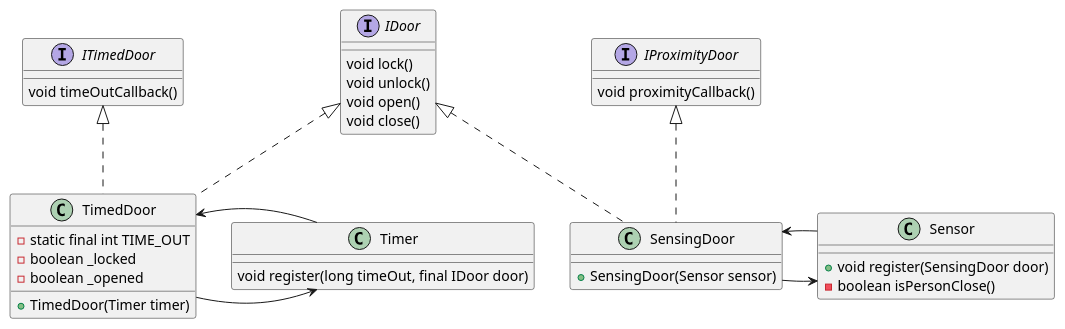
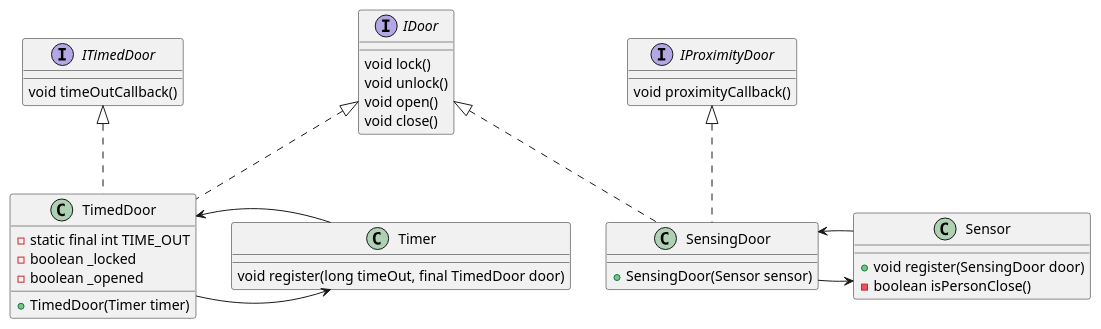
One commit to YassineRaboudi007/Solid-Principles changed the diagram in ISP/src/com/directi/training/isp/exercise/diag.puml. Above: the diagram before and after it, drawn with PlantUML. The commit also changed 3 other files, not shown here.

```diff
--- a/ISP/src/com/directi/training/isp/exercise/diag.puml
+++ b/ISP/src/com/directi/training/isp/exercise/diag.puml
@@ -1,47 +1,47 @@
 interface IDoor
 {
     void lock()
     void unlock()
     void open()
     void close()
 }
 
 interface ITimedDoor
 {
     void timeOutCallback()
 }
 
 interface IProximityDoor
 {
     void proximityCallback()
 }
 
 class Timer
 {
-    void register(long timeOut, final IDoor door)
+    void register(long timeOut, final TimedDoor door)
 }
 
 class Sensor
 {
     + void register(SensingDoor door)
     - boolean isPersonClose()
 }
 
 class TimedDoor implements IDoor, ITimedDoor
 {
     - static final int TIME_OUT
     - boolean _locked
     - boolean _opened
     + TimedDoor(Timer timer)
 }
 
 class SensingDoor implements IDoor, IProximityDoor
 {
     + SensingDoor(Sensor sensor)
 }
 
 TimedDoor -> Timer
 SensingDoor -> Sensor
 Sensor -> SensingDoor
 Timer -> TimedDoor
 @enduml
```
